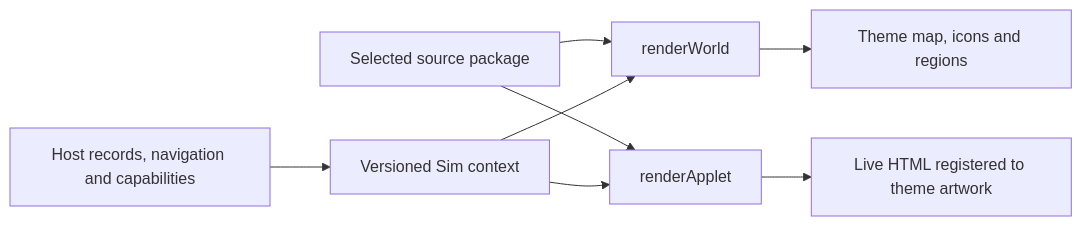
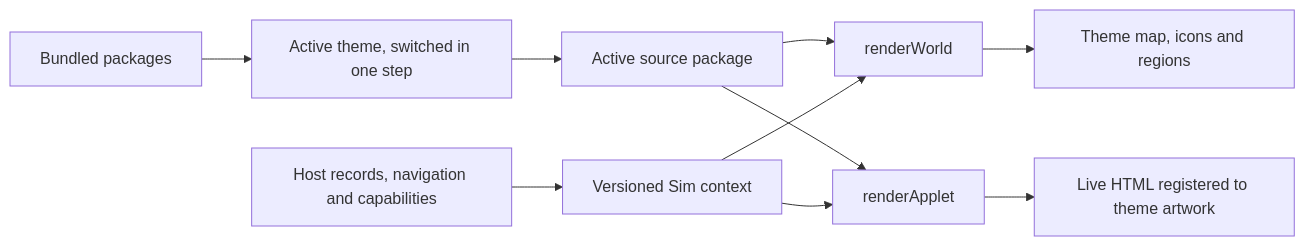
One commit to clockless-org/worldlet changed the diagram in resources/themes/CONTRACT.md. Above: the diagram before and after it, drawn with Mermaid. The commit also changed other lines of this file and 70 other files, not shown here.

First line of the commit message:
feat(themes): bundle several theme packages and switch in one step

````diff
--- a/resources/themes/CONTRACT.md
+++ b/resources/themes/CONTRACT.md
@@ -5,10 +5,12 @@
 ```mermaid
 flowchart LR
   D[Host records, navigation and capabilities] --> C[Versioned Sim context]
-  P[Selected source package] --> W[renderWorld]
+  R[Bundled packages] --> S[Active theme, switched in one step]
+  S --> P[Active source package]
+  P --> W[renderWorld]
   P --> A[renderApplet]
   C --> W
   C --> A
   W --> M[Theme map, icons and regions]
   A --> H[Live HTML registered to theme artwork]
 ```
````
